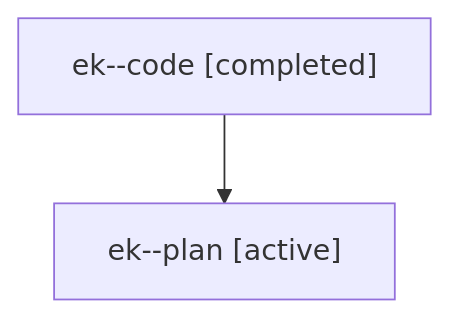
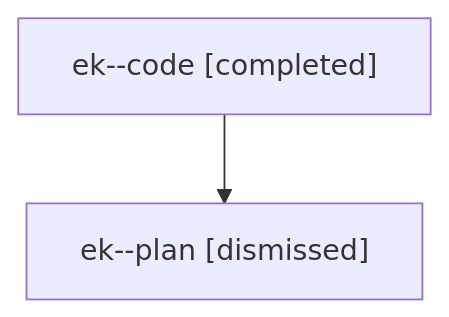
Before and after one commit to sase-org/sase--agents: the diagram in sessions/bbugyi200.athena.ek.md, drawn with Mermaid. The commit also changed other lines of this file and 28 other files, not shown here.

````diff
--- a/sessions/bbugyi200.athena.ek.md
+++ b/sessions/bbugyi200.athena.ek.md
@@ -9,6 +9,6 @@
 ```mermaid
 flowchart TD
   n0["ek--code [completed]"]
-  n1["ek--plan [active]"]
+  n1["ek--plan [dismissed]"]
   n0 --> n1
 ```
````
